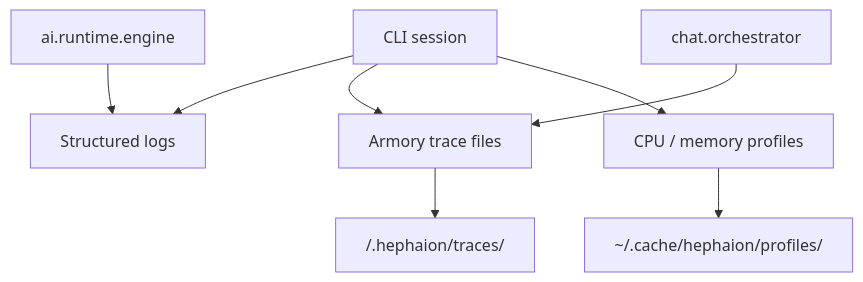
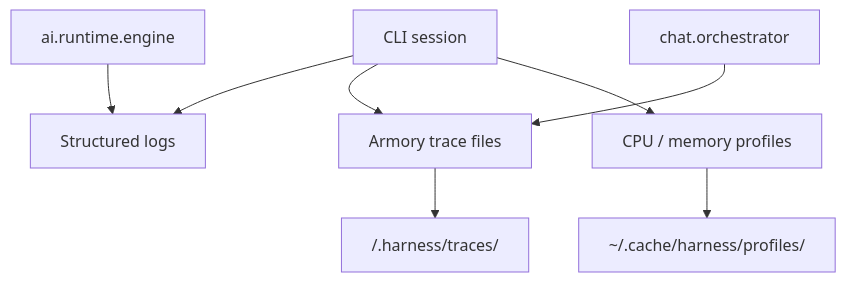
Before and after one commit to gildrb/heph: the third of 3 diagrams in docs/architecture.md, drawn with Mermaid. The commit also changed other lines of this file and 542 other files, not shown here.

````diff
--- a/docs/architecture.md
+++ b/docs/architecture.md
@@ -280,12 +280,12 @@
 ```mermaid
 graph TD
     CLI[CLI session] --> Logs[Structured logs]
     CLI --> Traces[Armory trace files]
     CLI --> Profiles[CPU / memory profiles]
 
     Engine[ai.runtime.engine] --> Logs
     Orchestrator[chat.orchestrator] --> Traces
 
-    Traces --> Armory[<armory>/.hephaion/traces/]
-    Profiles --> Cache[~/.cache/hephaion/profiles/]
+    Traces --> Armory[<armory>/.harness/traces/]
+    Profiles --> Cache[~/.cache/harness/profiles/]
 ```
````
